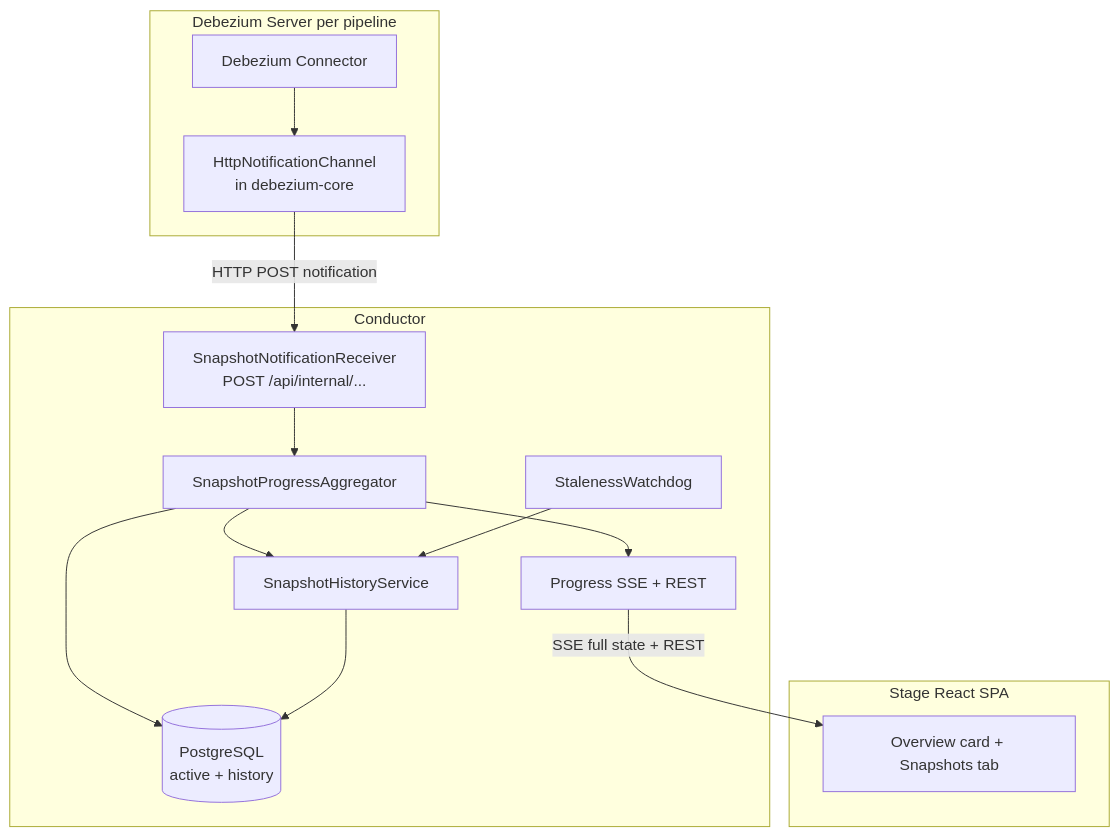
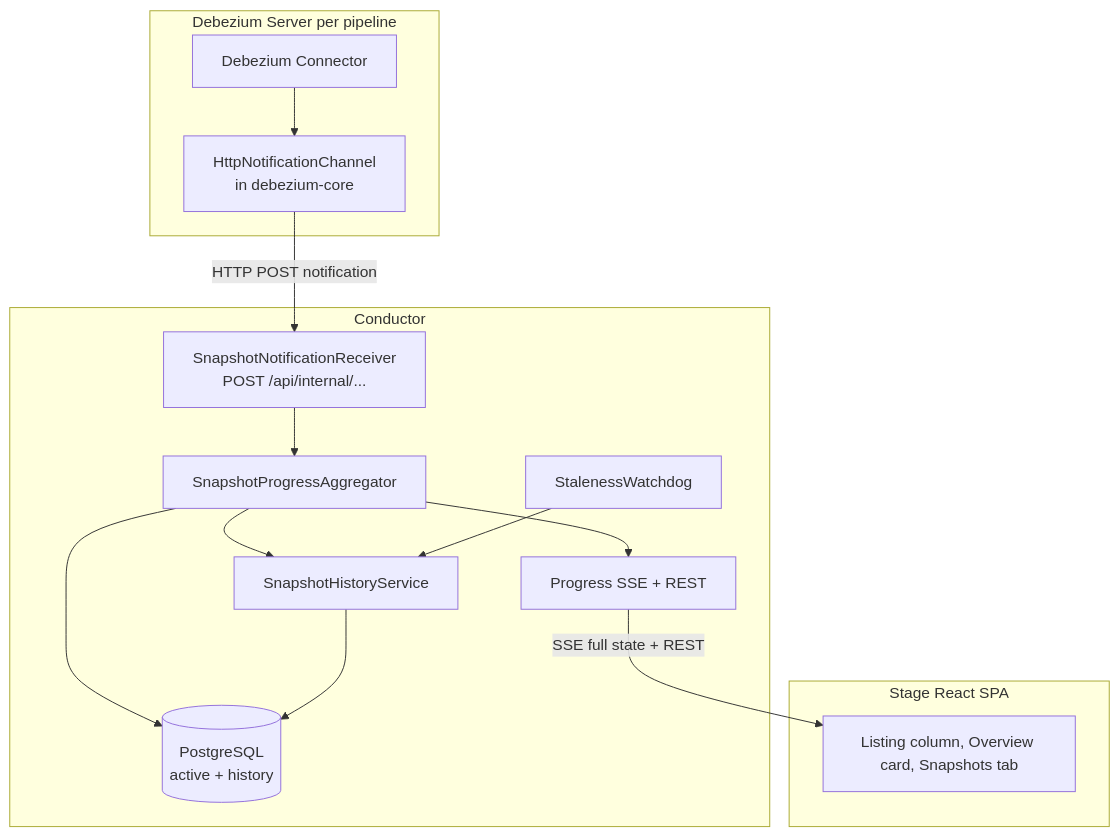
One commit to debezium/debezium-design-documents changed the diagram in DDD-68.md. Above: the diagram before and after it, drawn with Mermaid. The commit also changed other lines of this file, not shown here.

Commit message:
DDD-68 for Snapshot monitoring- listing page

````diff
--- a/DDD-68.md
+++ b/DDD-68.md
@@ -47,22 +48,22 @@
 ```mermaid
 flowchart TB
     subgraph DS[Debezium Server per pipeline]
         CONN[Debezium Connector] --> CH[HttpNotificationChannel<br/>in debezium-core]
     end
 
     subgraph COND[Conductor]
         RCV[SnapshotNotificationReceiver<br/>POST /api/internal/...] --> AGG[SnapshotProgressAggregator]
         AGG --> PG[(PostgreSQL<br/>active + history)]
         AGG --> SSE[Progress SSE + REST]
         HIST[SnapshotHistoryService] --> PG
         AGG --> HIST
         WD[StalenessWatchdog] --> HIST
     end
 
     subgraph FE[Stage React SPA]
-        UI[Overview card + Snapshots tab]
+        UI[Listing column, Overview card, Snapshots tab]
     end
 
     CH -->|HTTP POST notification| RCV
     SSE -->|SSE full state + REST| UI
 ```
````
